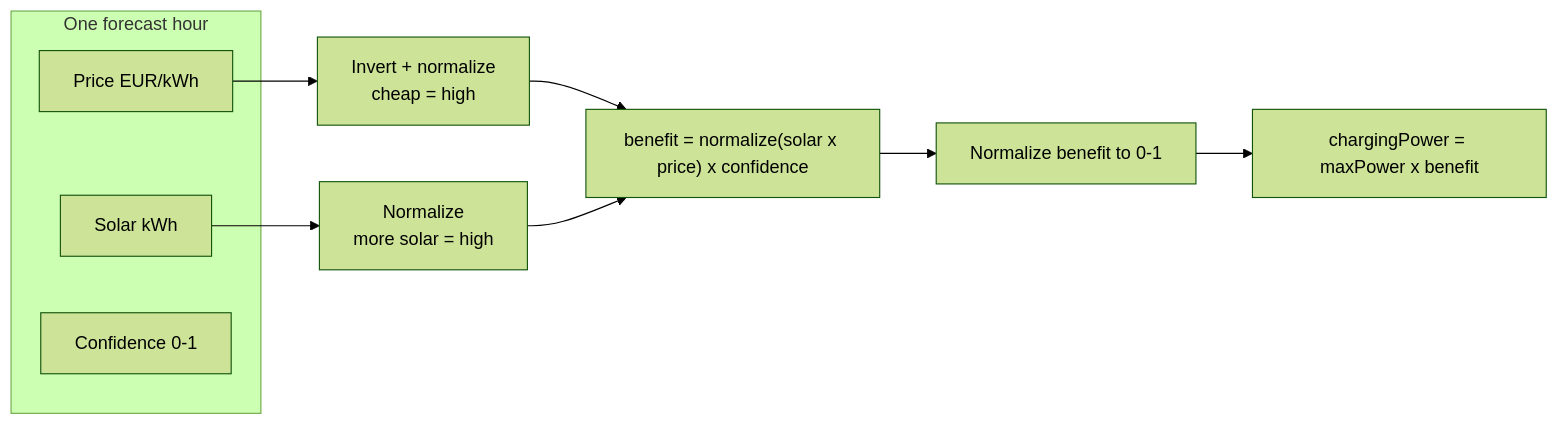
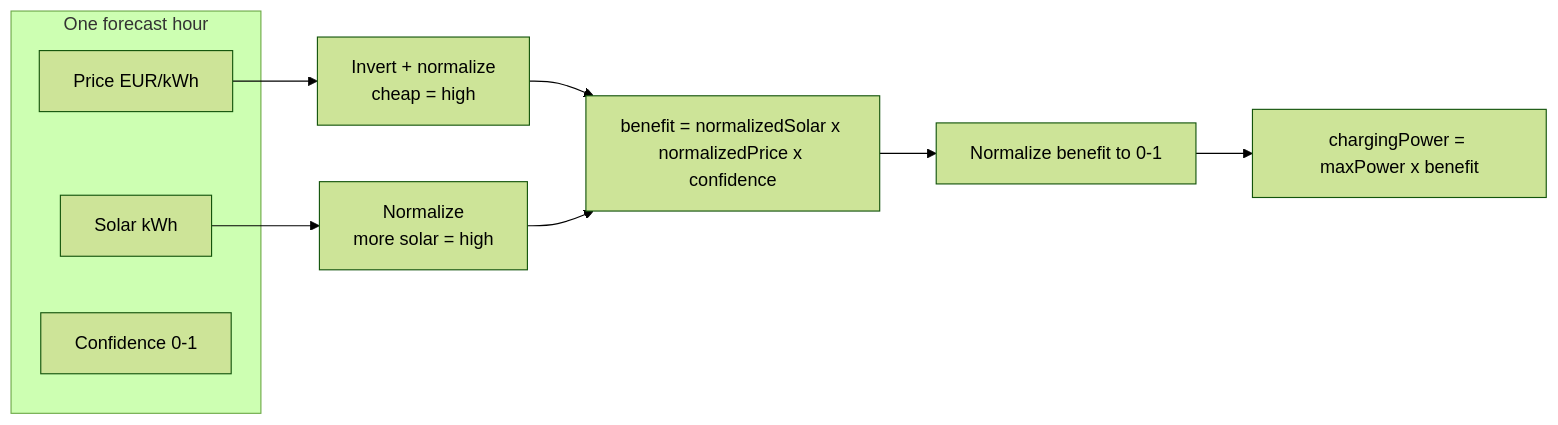
Before and after one commit to maitrux/ev-charging-optimizer: the second of 2 diagrams in README.md, drawn with Mermaid (forest theme). The commit also changed other lines of this file and 1 other file, not shown here.

````diff
--- a/README.md
+++ b/README.md
@@ -120,15 +120,15 @@
 ```mermaid
 flowchart LR
   subgraph hour [One forecast hour]
     P["Price EUR/kWh"]
     SO["Solar kWh"]
     C["Confidence 0-1"]
   end
 
   P --> NP["Invert + normalize<br/>cheap = high"]
   SO --> NS["Normalize<br/>more solar = high"]
-  NP --> COMB["benefit = normalize(solar x price) x confidence"]
+  NP --> COMB["benefit = normalizedSolar x normalizedPrice x confidence"]
   NS --> COMB
   COMB --> BEN["Normalize benefit to 0-1"]
   BEN --> OUT["chargingPower = maxPower x benefit"]
 ```
````
